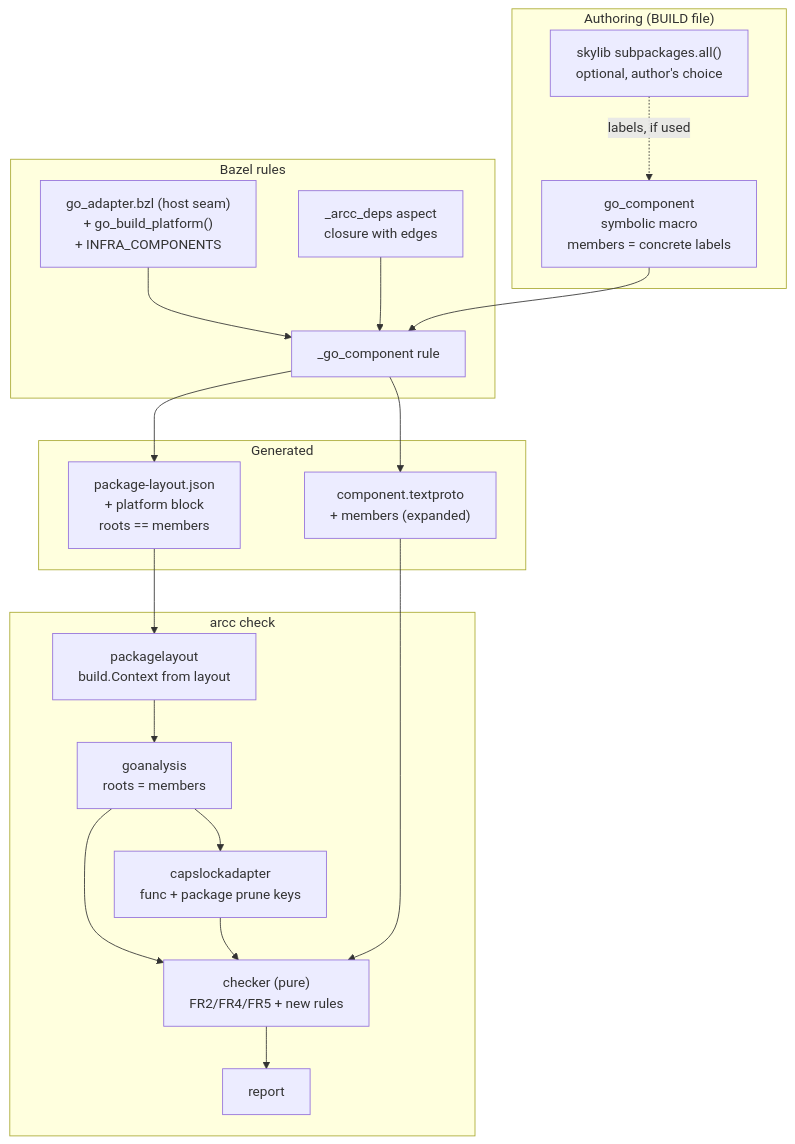
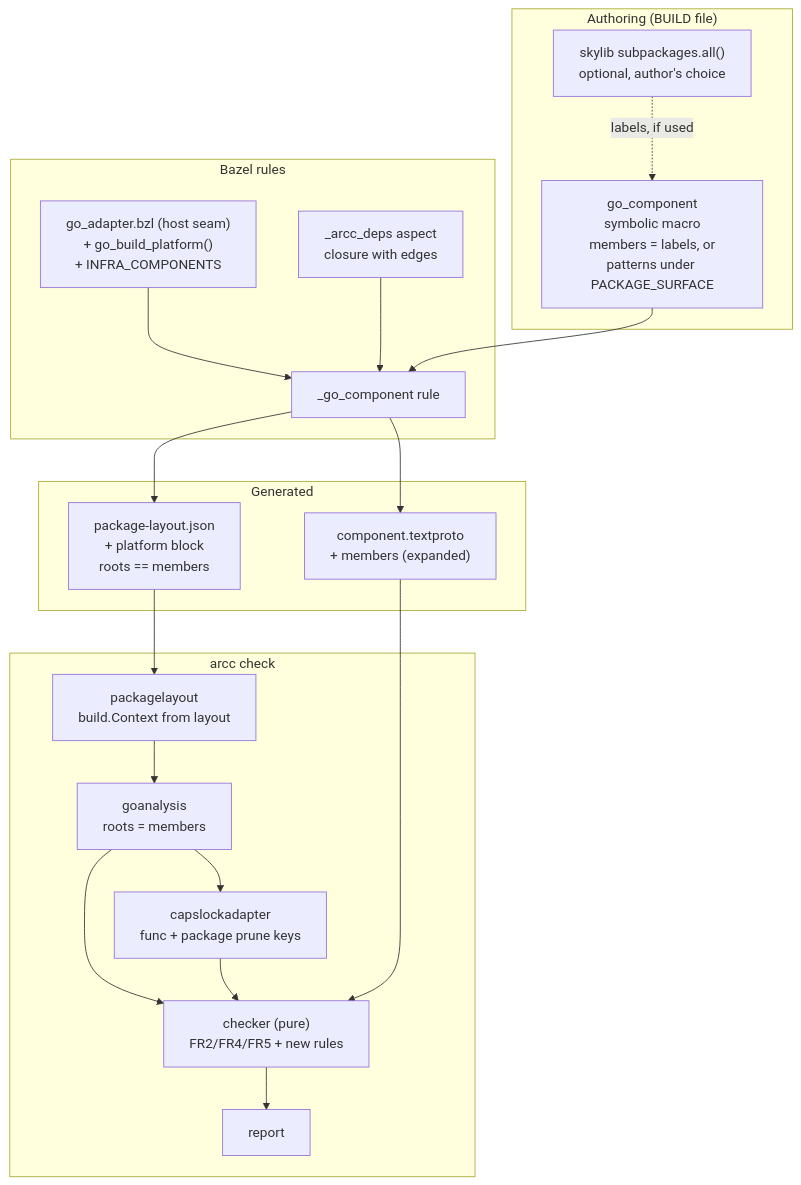
One commit to ono-sendai-labs/architectural-contracts changed the first of 2 diagrams in .agents/planning/2026-07-25-component-membership-and-authority/design/detailed-design.md. Above: the diagram before and after it, drawn with Mermaid. The commit also changed other lines of this file and 4 other files, not shown here.

````diff
--- a/.agents/planning/2026-07-25-component-membership-and-authority/design/detailed-design.md
+++ b/.agents/planning/2026-07-25-component-membership-and-authority/design/detailed-design.md
@@ -108,39 +109,39 @@
 ```mermaid
 flowchart TB
     subgraph Author["Authoring (BUILD file)"]
         H["skylib subpackages.all()<br/>optional, author's choice"]
-        GC["go_component<br/>symbolic macro<br/>members = concrete labels"]
+        GC["go_component<br/>symbolic macro<br/>members = labels, or<br/>patterns under PACKAGE_SURFACE"]
         H -.->|"labels, if used"| GC
     end
 
     subgraph Rules["Bazel rules"]
         AD["go_adapter.bzl (host seam)<br/>+ go_build_platform()<br/>+ INFRA_COMPONENTS"]
         ASP["_arcc_deps aspect<br/>closure with edges"]
         CR["_go_component rule"]
         AD --> CR
         ASP --> CR
         GC --> CR
     end
 
     subgraph Artifacts["Generated"]
         MF["component.textproto<br/>+ members (expanded)"]
         LO["package-layout.json<br/>+ platform block<br/>roots == members"]
     end
 
     CR --> MF
     CR --> LO
 
     subgraph Arcc["arcc check"]
         PL["packagelayout<br/>build.Context from layout"]
         GA["goanalysis<br/>roots = members"]
         CA["capslockadapter<br/>func + package prune keys"]
         CK["checker (pure)<br/>FR2/FR4/FR5 + new rules"]
         RP["report"]
         PL --> GA --> CK
         GA --> CA --> CK
         CK --> RP
     end
 
     MF --> CK
     LO --> PL
 ```
````
